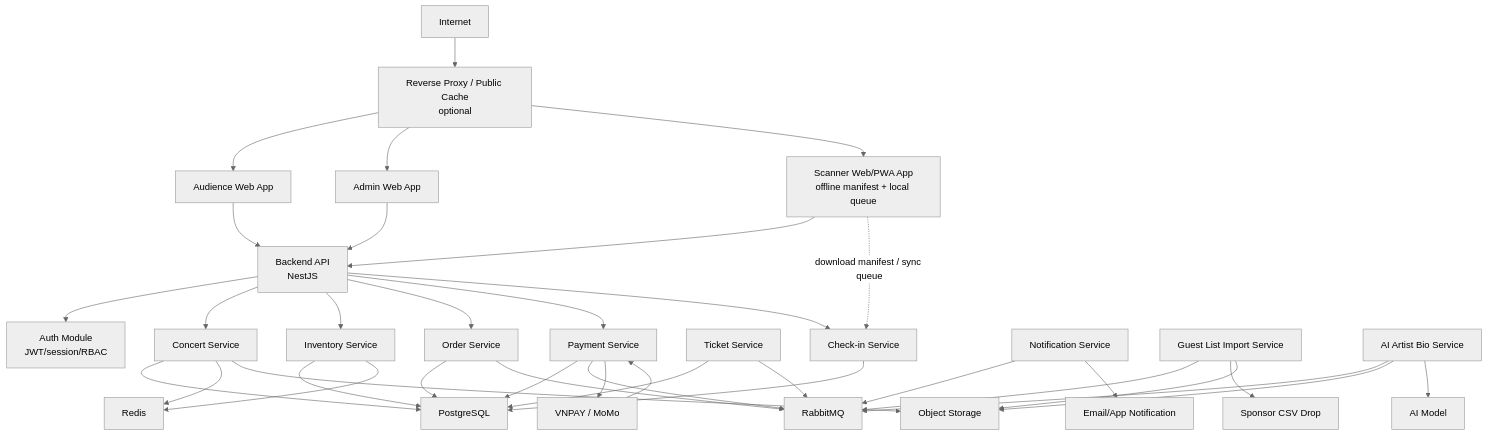
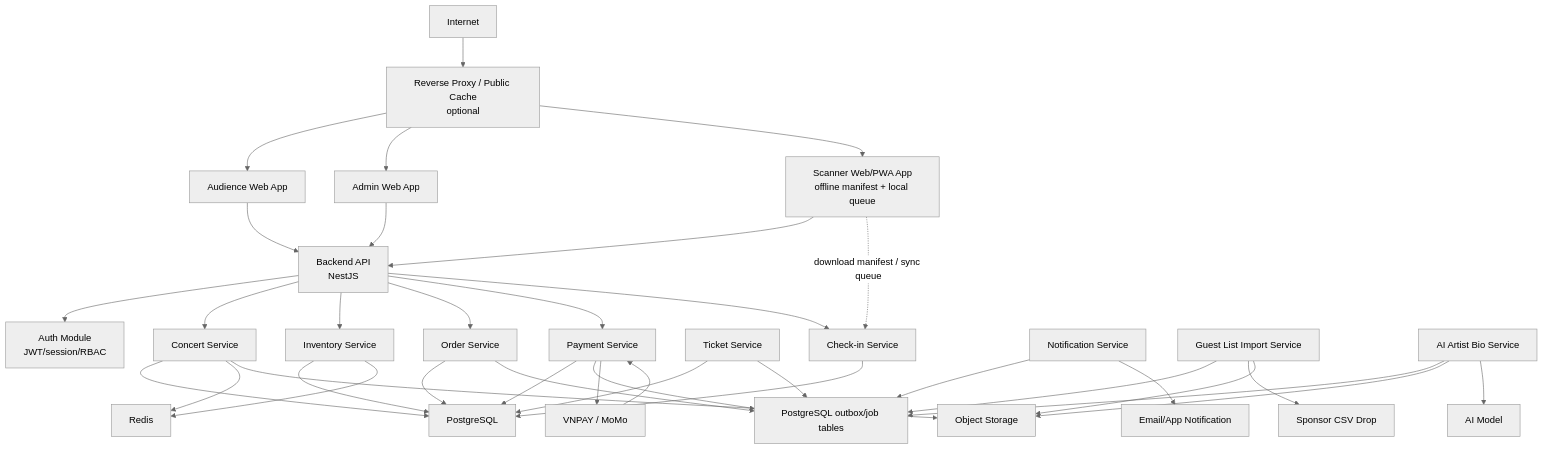
One commit to Toanapr/ticket-box changed the first of 2 diagrams in blueprint/03-high-level-architecture.md. Above: the diagram before and after it, drawn with Mermaid (neutral theme). The commit also changed other lines of this file and 16 other files, not shown here.

````diff
--- a/blueprint/03-high-level-architecture.md
+++ b/blueprint/03-high-level-architecture.md
@@ -7,74 +7,74 @@
 ```mermaid
 flowchart TD
     Internet["Internet"]
     Edge["Reverse Proxy / Public Cache<br/>optional"]
     Gateway["Backend API<br/>NestJS"]
 
     AudienceWeb["Audience Web App"]
     AdminWeb["Admin Web App"]
     ScannerApp["Scanner Web/PWA App<br/>offline manifest + local queue"]
 
     Auth["Auth Module<br/>JWT/session/RBAC"]
     Concert["Concert Service"]
     Inventory["Inventory Service"]
     Order["Order Service"]
     PaymentSvc["Payment Service"]
     Ticket["Ticket Service"]
     Checkin["Check-in Service"]
     Notify["Notification Service"]
     GuestImport["Guest List Import Service"]
     AIBio["AI Artist Bio Service"]
 
     Postgres["PostgreSQL"]
     Redis["Redis"]
-    RabbitMQ["RabbitMQ"]
+    AsyncState["PostgreSQL outbox/job tables"]
     Storage["Object Storage"]
 
     PaymentGateway["VNPAY / MoMo"]
     AIModel["AI Model"]
     CSVSource["Sponsor CSV Drop"]
     EmailProvider["Email/App Notification"]
 
     Internet --> Edge
     Edge --> AudienceWeb
     Edge --> AdminWeb
     Edge --> ScannerApp
 
     AudienceWeb --> Gateway
     AdminWeb --> Gateway
     ScannerApp --> Gateway
 
     Gateway --> Auth
     Gateway --> Concert
     Gateway --> Inventory
     Gateway --> Order
     Gateway --> PaymentSvc
     Gateway --> Checkin
 
     Concert --> Postgres
     Concert --> Redis
     Concert --> Storage
     Inventory --> Postgres
     Inventory --> Redis
     Order --> Postgres
     PaymentSvc --> Postgres
     Ticket --> Postgres
     Checkin --> Postgres
 
-    Order --> RabbitMQ
-    PaymentSvc --> RabbitMQ
-    Ticket --> RabbitMQ
-    GuestImport --> RabbitMQ
-    AIBio --> RabbitMQ
-    Notify --> RabbitMQ
+    Order --> AsyncState
+    PaymentSvc --> AsyncState
+    Ticket --> AsyncState
+    GuestImport --> AsyncState
+    AIBio --> AsyncState
+    Notify --> AsyncState
 
     PaymentSvc --> PaymentGateway
     PaymentGateway --> PaymentSvc
     Notify --> EmailProvider
     GuestImport --> CSVSource
     GuestImport --> Storage
     AIBio --> Storage
     AIBio --> AIModel
 
     ScannerApp -. "download manifest / sync queue" .-> Checkin
 ```
````
